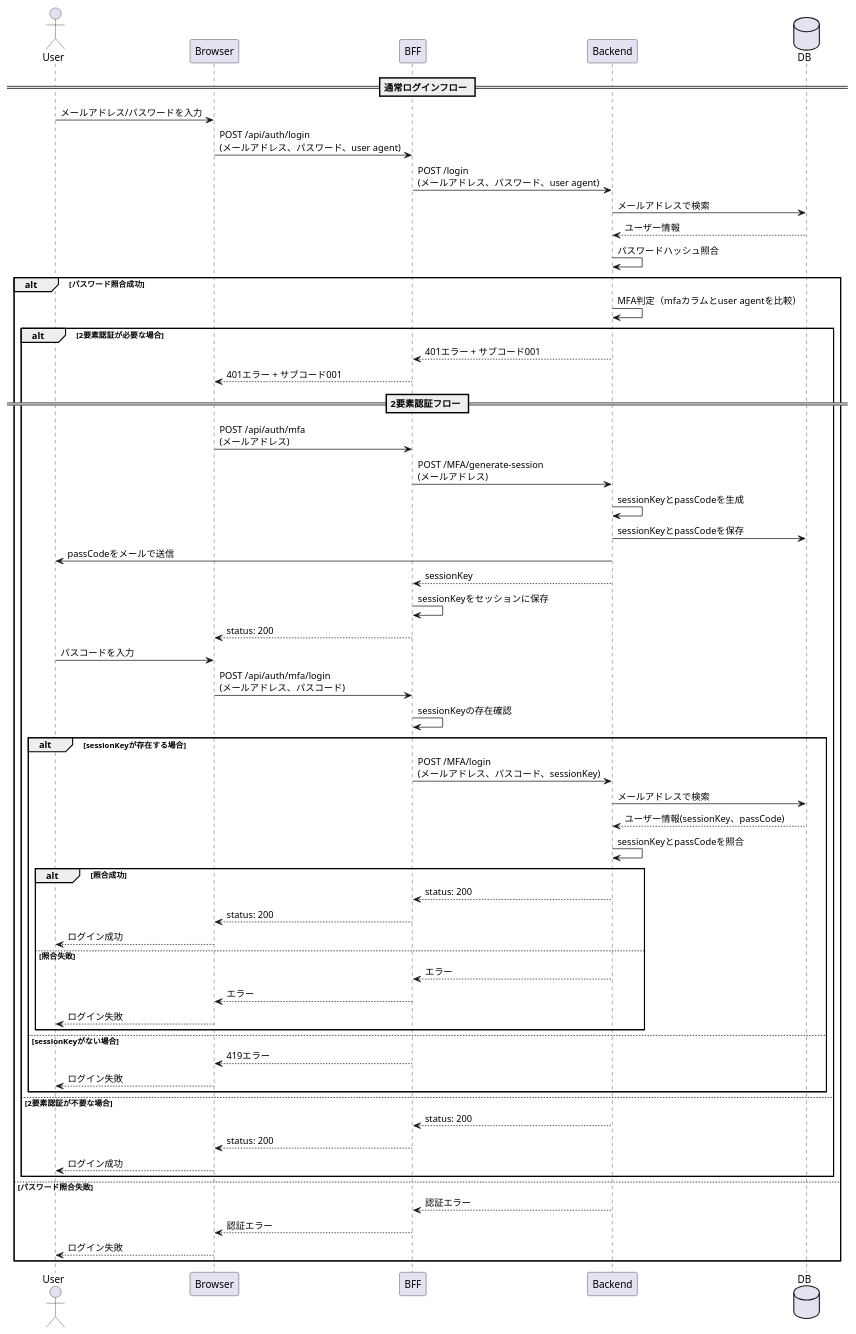
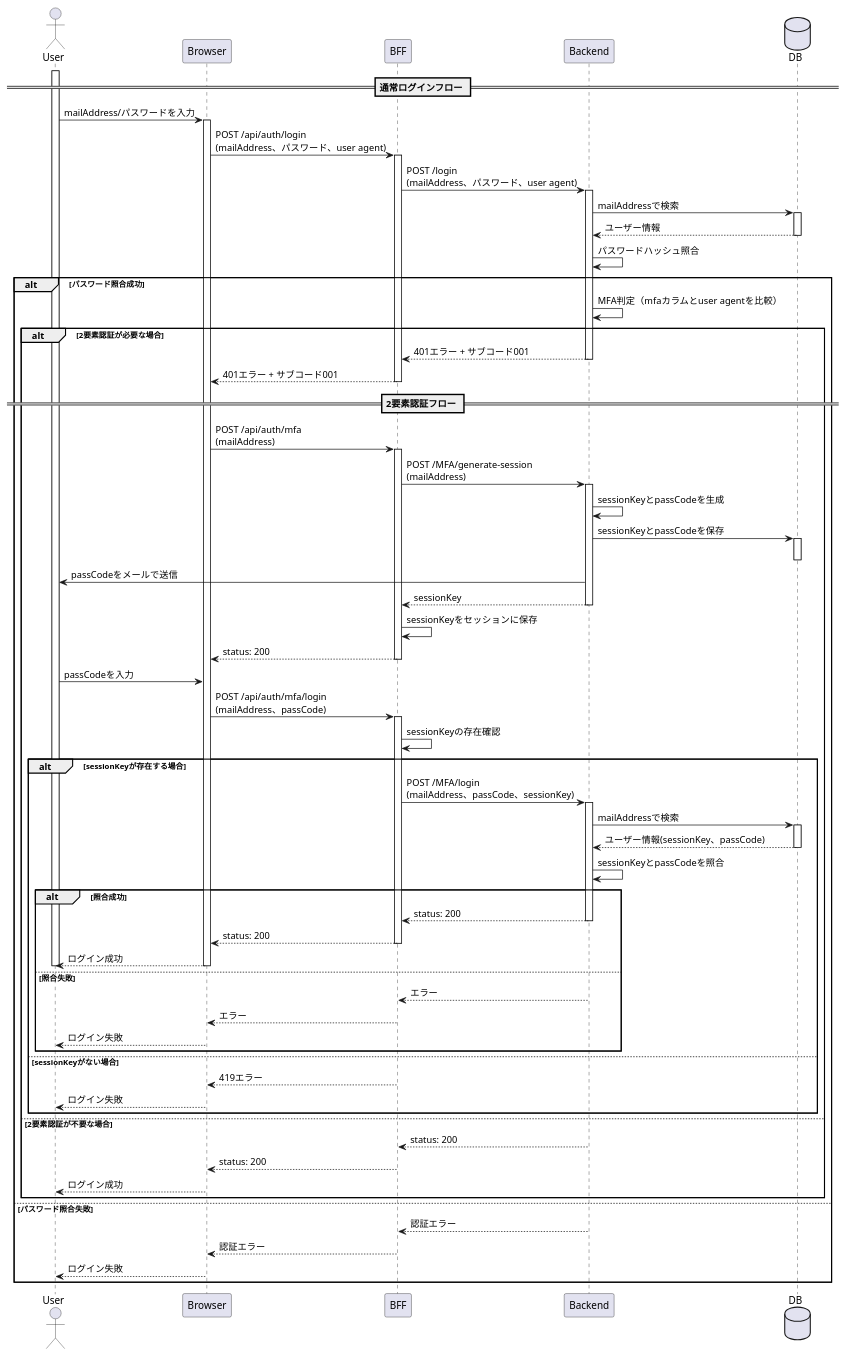
The diagram in sample.puml (kbknbtk1208/resources), drawn with PlantUML before and after one commit.

Commit message:
activate

```diff
--- a/sample.puml
+++ b/sample.puml
@@ -1,62 +1,99 @@
-@startuml login
+@startuml
 actor User as user
 participant "Browser" as browser
 participant "BFF" as bff
 participant "Backend" as backend
 database "DB" as db
 
 == 通常ログインフロー ==
-user -> browser: メールアドレス/パスワードを入力
-browser -> bff: POST /api/auth/login\n(メールアドレス、パスワード、user agent)
-bff -> backend: POST /login\n(メールアドレス、パスワード、user agent)
-backend -> db: メールアドレスで検索
+activate user
+user -> browser: mailAddress/パスワードを入力
+activate browser
+browser -> bff: POST /api/auth/login\n(mailAddress、パスワード、user agent)
+activate bff
+bff -> backend: POST /login\n(mailAddress、パスワード、user agent)
+activate backend
+backend -> db: mailAddressで検索
+activate db
 db --> backend: ユーザー情報
+deactivate db
 backend -> backend: パスワードハッシュ照合
 alt パスワード照合成功
   backend -> backend: MFA判定（mfaカラムとuser agentを比較）
   alt 2要素認証が必要な場合
     backend --> bff: 401エラー + サブコード001
+    deactivate backend
     bff --> browser: 401エラー + サブコード001
+    deactivate bff
 
     == 2要素認証フロー ==
-    browser -> bff: POST /api/auth/mfa\n(メールアドレス)
-    bff -> backend: POST /MFA/generate-session\n(メールアドレス)
+    browser -> bff: POST /api/auth/mfa\n(mailAddress)
+    activate bff
+    bff -> backend: POST /MFA/generate-session\n(mailAddress)
+    activate backend
     backend -> backend: sessionKeyとpassCodeを生成
     backend -> db: sessionKeyとpassCodeを保存
+    activate db
+    deactivate db
     backend -> user: passCodeをメールで送信
     backend --> bff: sessionKey
+    deactivate backend
     bff -> bff: sessionKeyをセッションに保存
     bff --> browser: status: 200
-    user -> browser: パスコードを入力
-    browser -> bff: POST /api/auth/mfa/login\n(メールアドレス、パスコード)
+    deactivate bff
+    user -> browser: passCodeを入力
+    browser -> bff: POST /api/auth/mfa/login\n(mailAddress、passCode)
+    activate bff
     bff -> bff: sessionKeyの存在確認
     alt sessionKeyが存在する場合
-      bff -> backend: POST /MFA/login\n(メールアドレス、パスコード、sessionKey)
-      backend -> db: メールアドレスで検索
+      bff -> backend: POST /MFA/login\n(mailAddress、passCode、sessionKey)
+      activate backend
+      backend -> db: mailAddressで検索
+      activate db
       db --> backend: ユーザー情報(sessionKey、passCode)
+      deactivate db
       backend -> backend: sessionKeyとpassCodeを照合
       alt 照合成功
         backend --> bff: status: 200
+        deactivate backend
         bff --> browser: status: 200
+        deactivate bff
         browser --> user: ログイン成功
+        deactivate browser
+        deactivate user
       else 照合失敗
         backend --> bff: エラー
+        deactivate backend
         bff --> browser: エラー
+        deactivate bff
         browser --> user: ログイン失敗
+        deactivate browser
+        deactivate user
       end
     else sessionKeyがない場合
       bff --> browser: 419エラー
+      deactivate bff
       browser --> user: ログイン失敗
+      deactivate browser
+      deactivate user
     end
   else 2要素認証が不要な場合
     backend --> bff: status: 200
+    deactivate backend
     bff --> browser: status: 200
+    deactivate bff
     browser --> user: ログイン成功
+    deactivate browser
+    deactivate user
   end
 else パスワード照合失敗
   backend --> bff: 認証エラー
+  deactivate backend
   bff --> browser: 認証エラー
+  deactivate bff
   browser --> user: ログイン失敗
+  deactivate browser
+  deactivate user
 end
 
 @enduml
```
